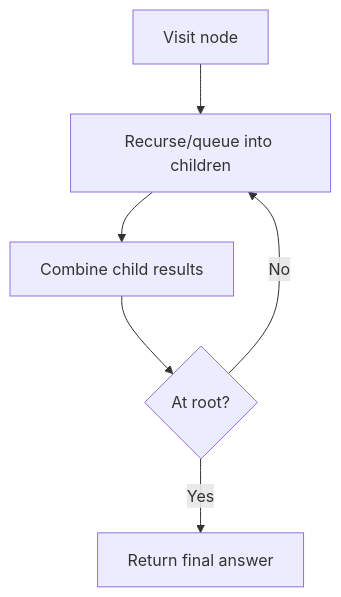
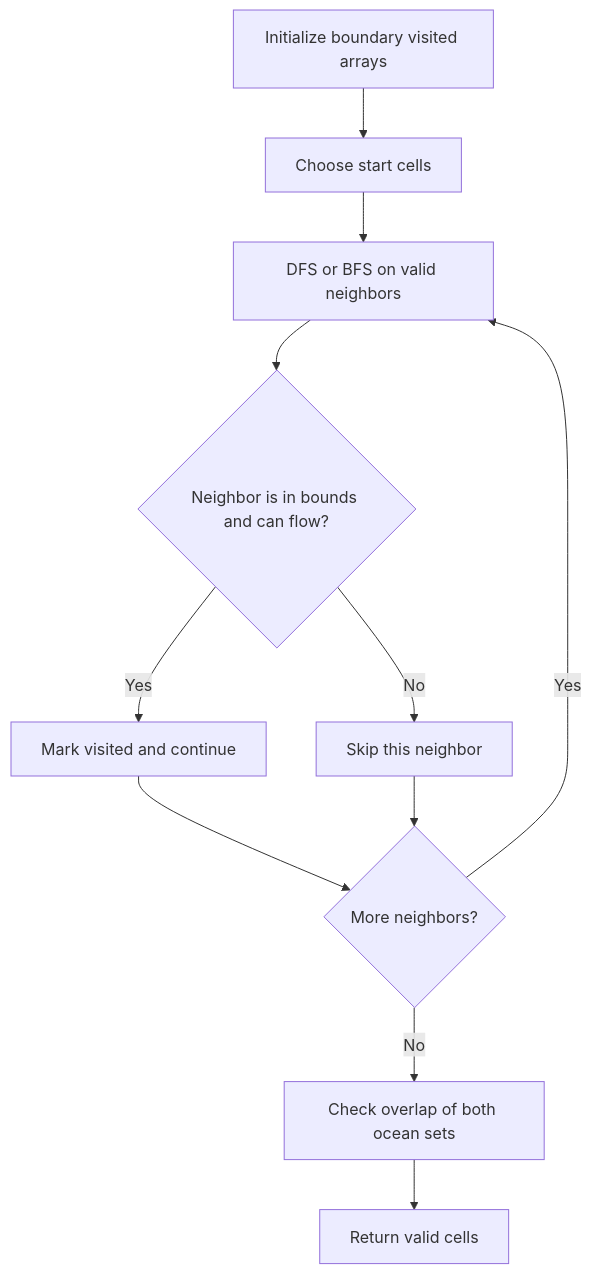
The diagram in NeetCode-Submissions/07-binary-tree/09-right-view-of-bin-tree/readme.md (keshav-poojary/Leetcode), drawn with Mermaid before and after one commit. The commit also changed 105 other files, not shown here.

Commit message:
Add NeetCode README docs with mermaid diagrams

````diff
--- a/NeetCode-Submissions/07-binary-tree/09-right-view-of-bin-tree/readme.md
+++ b/NeetCode-Submissions/07-binary-tree/09-right-view-of-bin-tree/readme.md
@@ -32,8 +32,13 @@
 ```mermaid
 flowchart TD
-    A[Visit node] --> B[Recurse/queue into children]
-    B --> C[Combine child results]
-    C --> D{At root?}
-    D -- No --> B
-    D -- Yes --> E[Return final answer]
+    A[Initialize boundary visited arrays] --> B[Choose start cells]
+    B --> C[DFS or BFS on valid neighbors]
+    C --> D{Neighbor is in bounds and can flow?}
+    D -- Yes --> E[Mark visited and continue]
+    D -- No --> F[Skip this neighbor]
+    E --> G{More neighbors?}
+    F --> G
+    G -- Yes --> C
+    G -- No --> H[Check overlap of both ocean sets]
+    H --> I[Return valid cells]
 ```
````
